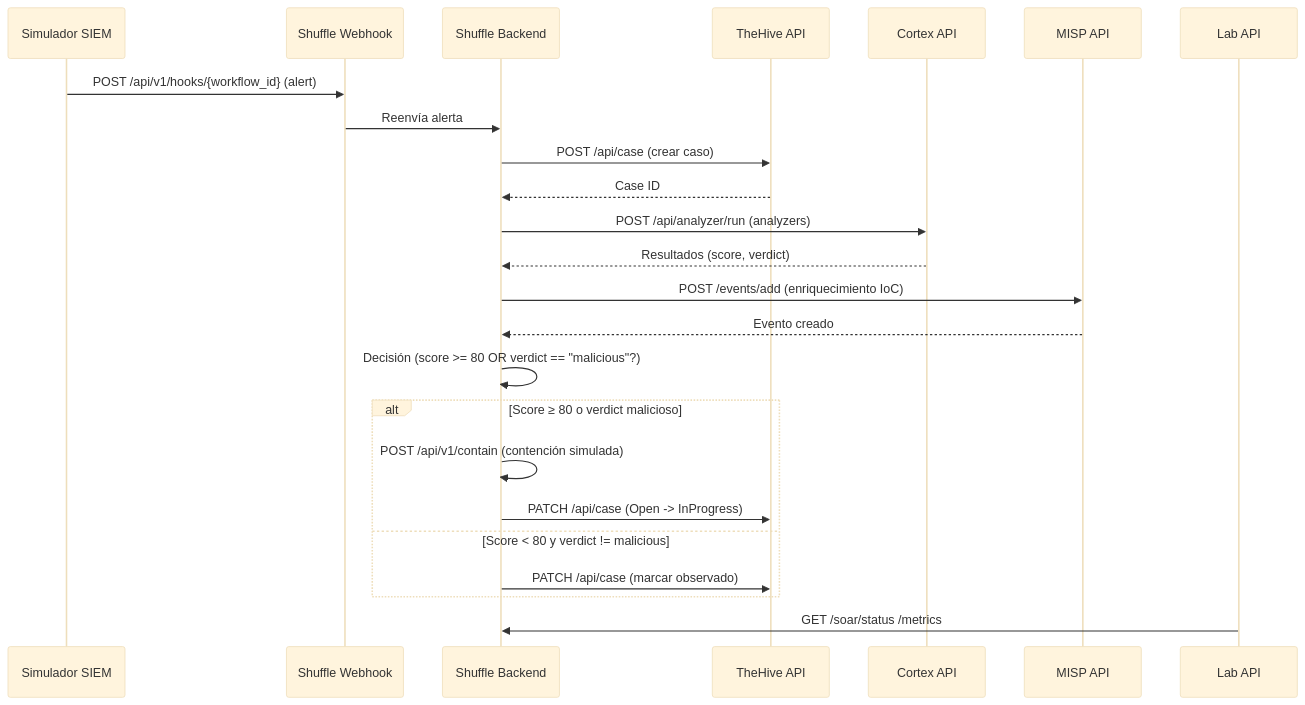
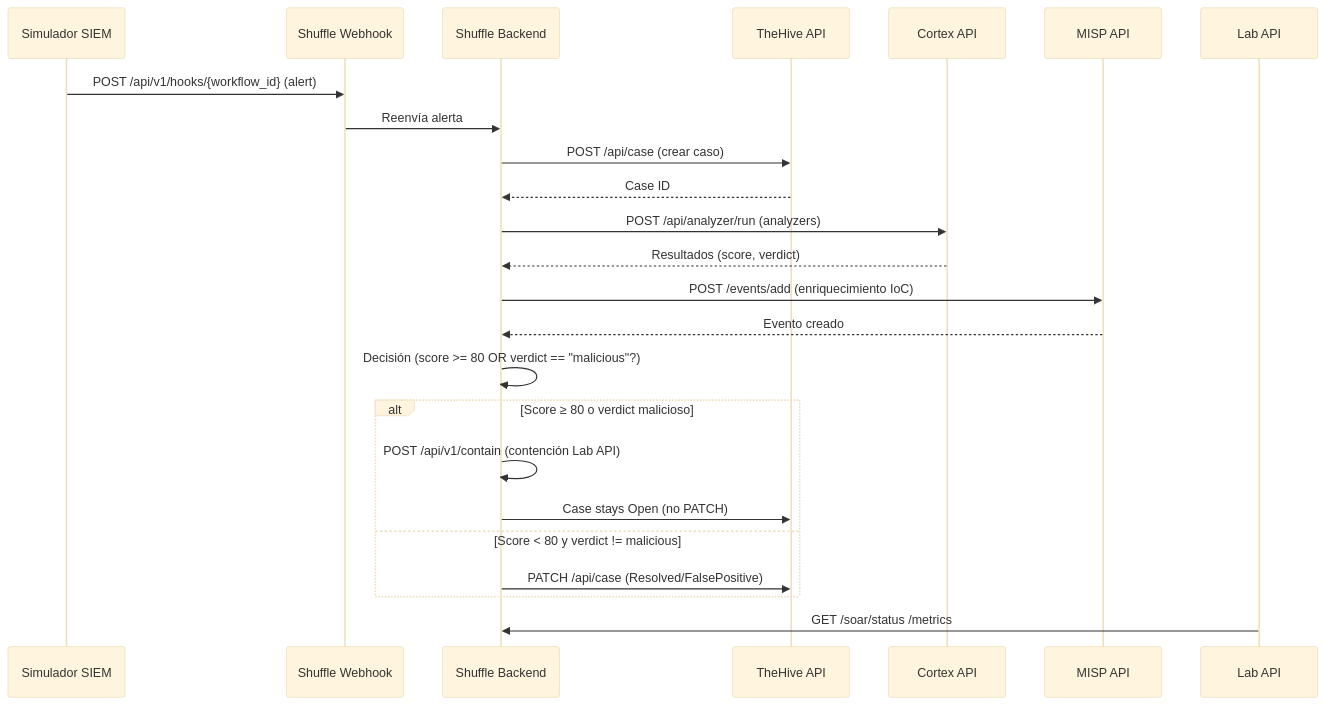
Before and after one commit to alesanfe/soar-ransomware-lab: the seventh of 13 diagrams in docs/thesis/appendix_h.md, drawn with Mermaid (base theme). The commit also changed other lines of this file, not shown here.

````diff
--- a/docs/thesis/appendix_h.md
+++ b/docs/thesis/appendix_h.md
@@ -270,27 +270,27 @@
 ```mermaid
 sequenceDiagram
  participant Sim as Simulador SIEM
  participant Shuffle as Shuffle Webhook
  participant Backend as Shuffle Backend
  participant TheHive as TheHive API
  participant Cortex as Cortex API
  participant MISP as MISP API
  participant LabAPI as Lab API
 
  Sim->>Shuffle: POST /api/v1/hooks/{workflow_id} (alert)
  Shuffle->>Backend: Reenvía alerta
  Backend->>TheHive: POST /api/case (crear caso)
  TheHive-->>Backend: Case ID
  Backend->>Cortex: POST /api/analyzer/run (analyzers)
  Cortex-->>Backend: Resultados (score, verdict)
  Backend->>MISP: POST /events/add (enriquecimiento IoC)
  MISP-->>Backend: Evento creado
  Backend->>Backend: Decisión (score >= 80 OR verdict == "malicious"?)
  alt Score ≥ 80 o verdict malicioso
- Backend->>Backend: POST /api/v1/contain (contención simulada)
- Backend->>TheHive: PATCH /api/case (Open -> InProgress)
+ Backend->>Backend: POST /api/v1/contain (contención Lab API)
+ Backend->>TheHive: Case stays Open (no PATCH)
  else Score < 80 y verdict != malicious
- Backend->>TheHive: PATCH /api/case (marcar observado)
+ Backend->>TheHive: PATCH /api/case (Resolved/FalsePositive)
  end
  LabAPI->>Backend: GET /soar/status /metrics
 ```
````
